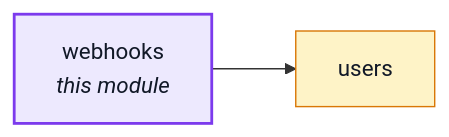
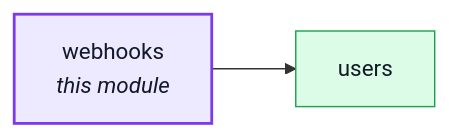
The second of 3 diagrams in docs/modules/webhooks.md (Guebbit/boilerplate-node-backend), drawn with Mermaid before and after one commit. The commit also changed 13 other files, not shown here.

````diff
--- a/docs/modules/webhooks.md
+++ b/docs/modules/webhooks.md
@@ -58,15 +58,15 @@
 ```mermaid
 %%{init: {'flowchart': {'nodeSpacing': 30, 'rankSpacing': 60}}}%%
 flowchart LR
     webhooks["webhooks<br/><i>this module</i>"]
     users["users"]
 
     webhooks --> users
 
     classDef core fill:#dbeafe,stroke:#2563eb,color:#111827;
     classDef supporting fill:#fef3c7,stroke:#d97706,color:#111827;
     classDef generic fill:#dcfce7,stroke:#16a34a,color:#111827;
     classDef centre fill:#ede9fe,stroke:#7c3aed,stroke-width:2px,color:#111827;
-    class users supporting;
+    class users generic;
     class webhooks centre;
 ```
````
